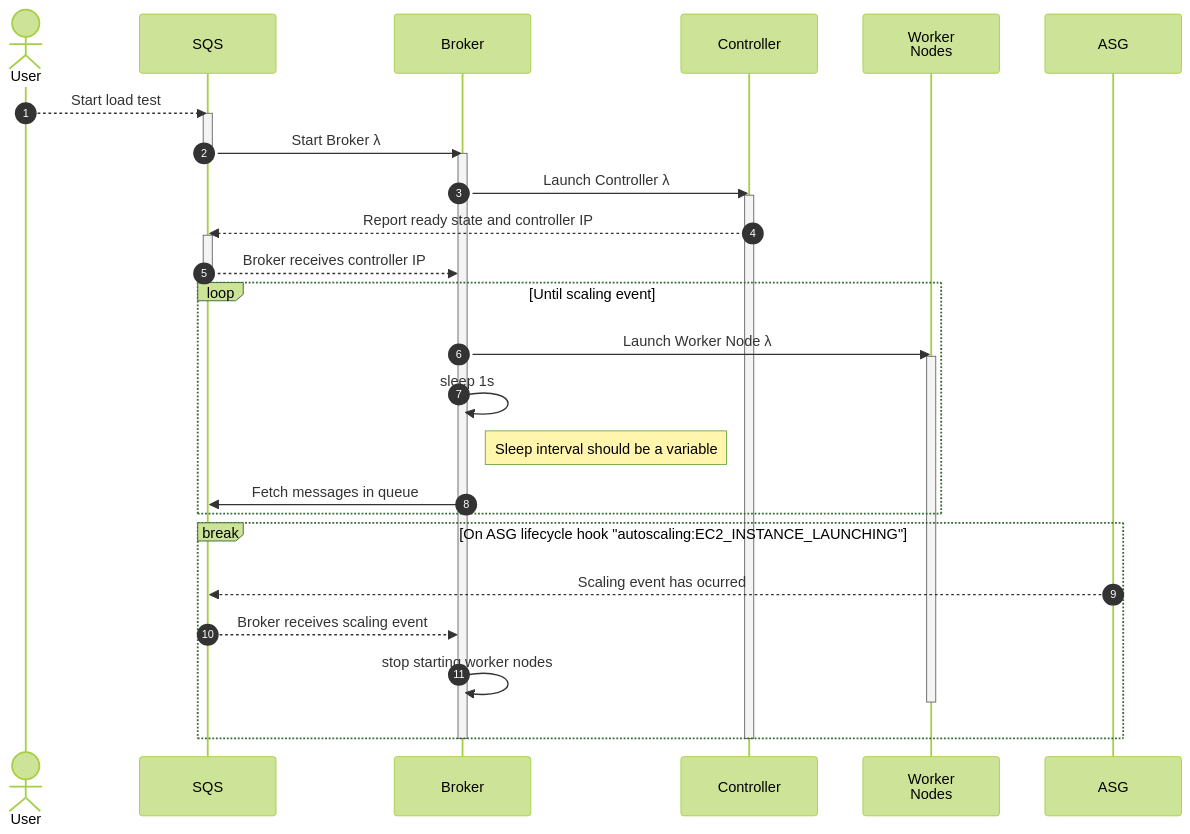
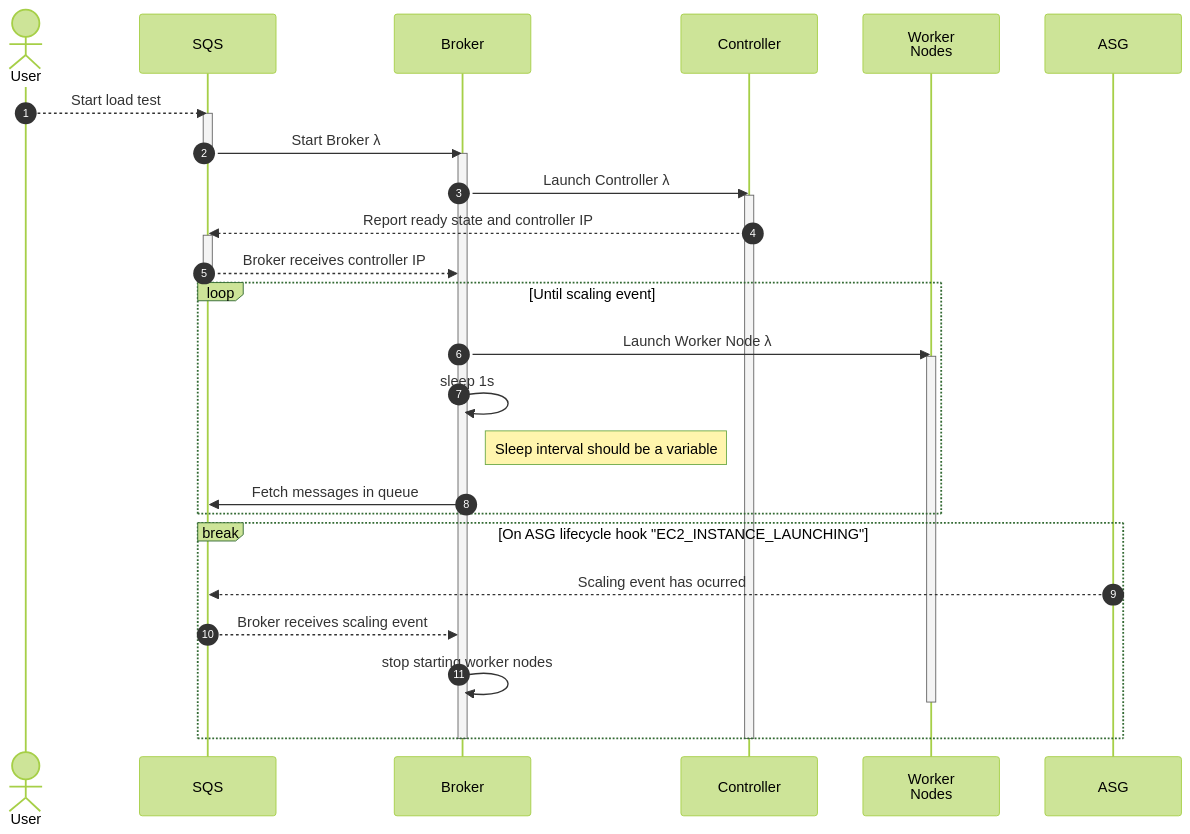
The diagram in apps/utils/locust_tests/lambda/server-load/README.md (CMSgov/beneficiary-fhir-data), drawn with Mermaid (forest theme) before and after one commit. The commit also changed 1 other file, not shown here.

Commit message:
Add queues as environment variable, fix to mermaid

````diff
--- a/apps/utils/locust_tests/lambda/server-load/README.md
+++ b/apps/utils/locust_tests/lambda/server-load/README.md
@@ -1,36 +1,36 @@
 ```mermaid
 sequenceDiagram
     autonumber
     actor u as User
     participant sqs as SQS
     participant b as Broker
     participant c as Controller
     participant n AS Worker<br />Nodes
     participant asg as ASG
     u -->> sqs: Start load test
     activate sqs
     sqs ->> b: Start Broker #lambda;
     deactivate sqs
     activate b
     b ->> c: Launch Controller #lambda;
     activate c
     c -->> sqs: Report ready state and controller IP
     activate sqs
     sqs -->> b: Broker receives controller IP
     deactivate sqs
     loop Until scaling event
         b ->> n: Launch Worker Node #lambda;
         activate n
         b ->> b: sleep 1s
         Note right of b: Sleep interval should be a variable
         b ->> sqs: Fetch messages in queue
     end
-    break On ASG lifecycle hook "autoscaling:EC2_INSTANCE_LAUNCHING"
+    break On ASG lifecycle hook "EC2_INSTANCE_LAUNCHING"
         asg -->> sqs: Scaling event has ocurred
         sqs -->> b: Broker receives scaling event
         b ->> b: stop starting worker nodes
         deactivate n
     end
     deactivate c
     deactivate b
 ```
````
